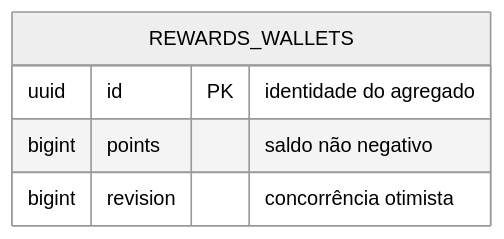
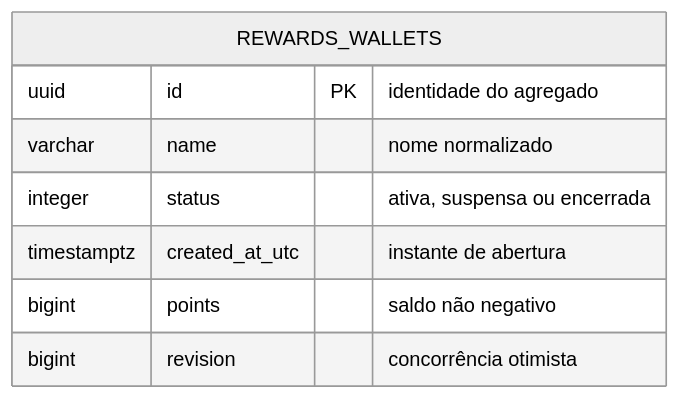
Before and after one commit to rfulgencio3/RewardFlow.SuppleDesign: the fourth of 4 diagrams in README.pt-BR.md, drawn with Mermaid (neutral theme). The commit also changed other lines of this file and 30 other files, not shown here.

```diff
--- a/README.pt-BR.md
+++ b/README.pt-BR.md
@@ -428,8 +450,11 @@
 ~~~mermaid
 erDiagram
     REWARDS_WALLETS {
         uuid id PK "identidade do agregado"
+        varchar name "nome normalizado"
+        integer status "ativa, suspensa ou encerrada"
+        timestamptz created_at_utc "instante de abertura"
         bigint points "saldo não negativo"
         bigint revision "concorrência otimista"
     }
 ~~~
```
